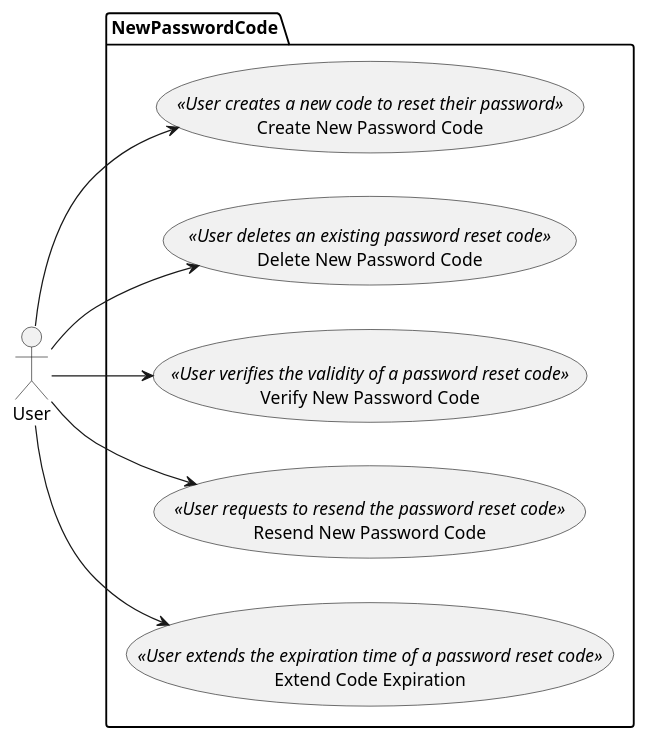
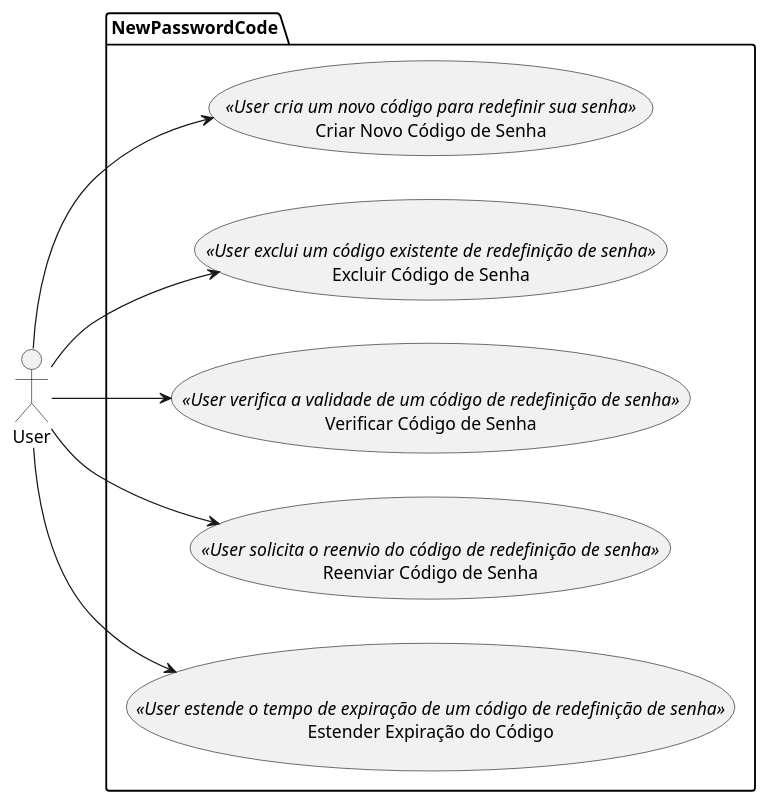
One commit to LucasReisV1337/api-gym changed the diagram in uml/NewPasswordCode/usecases/index.wsd. Above: the diagram before and after it, drawn with PlantUML. The commit also changed 10 other files, not shown here.

```diff
--- a/uml/NewPasswordCode/usecases/index.wsd
+++ b/uml/NewPasswordCode/usecases/index.wsd
@@ -1,25 +1,25 @@
 @startuml
 left to right direction
 
 actor User as u
 
 package "NewPasswordCode" {
-  usecase "Create New Password Code" as UC1 <<User creates a new code to reset their password>>
+  usecase "Criar Novo Código de Senha" as UC1 <<User cria um novo código para redefinir sua senha>>
 
-  usecase "Delete New Password Code" as UC2 <<User deletes an existing password reset code>>
+  usecase "Excluir Código de Senha" as UC2 <<User exclui um código existente de redefinição de senha>>
 
-  usecase "Verify New Password Code" as UC3 <<User verifies the validity of a password reset code>>
+  usecase "Verificar Código de Senha" as UC3 <<User verifica a validade de um código de redefinição de senha>>
 
-  usecase "Resend New Password Code" as UC4 <<User requests to resend the password reset code>>
+  usecase "Reenviar Código de Senha" as UC4 <<User solicita o reenvio do código de redefinição de senha>>
 
-  usecase "Extend Code Expiration" as UC5 <<User extends the expiration time of a password reset code>>
+  usecase "Estender Expiração do Código" as UC5 <<User estende o tempo de expiração de um código de redefinição de senha>>
 
 }
 
 u --> UC1
 u --> UC2
 u --> UC3
 u --> UC4
 u --> UC5
 
 @enduml
```
